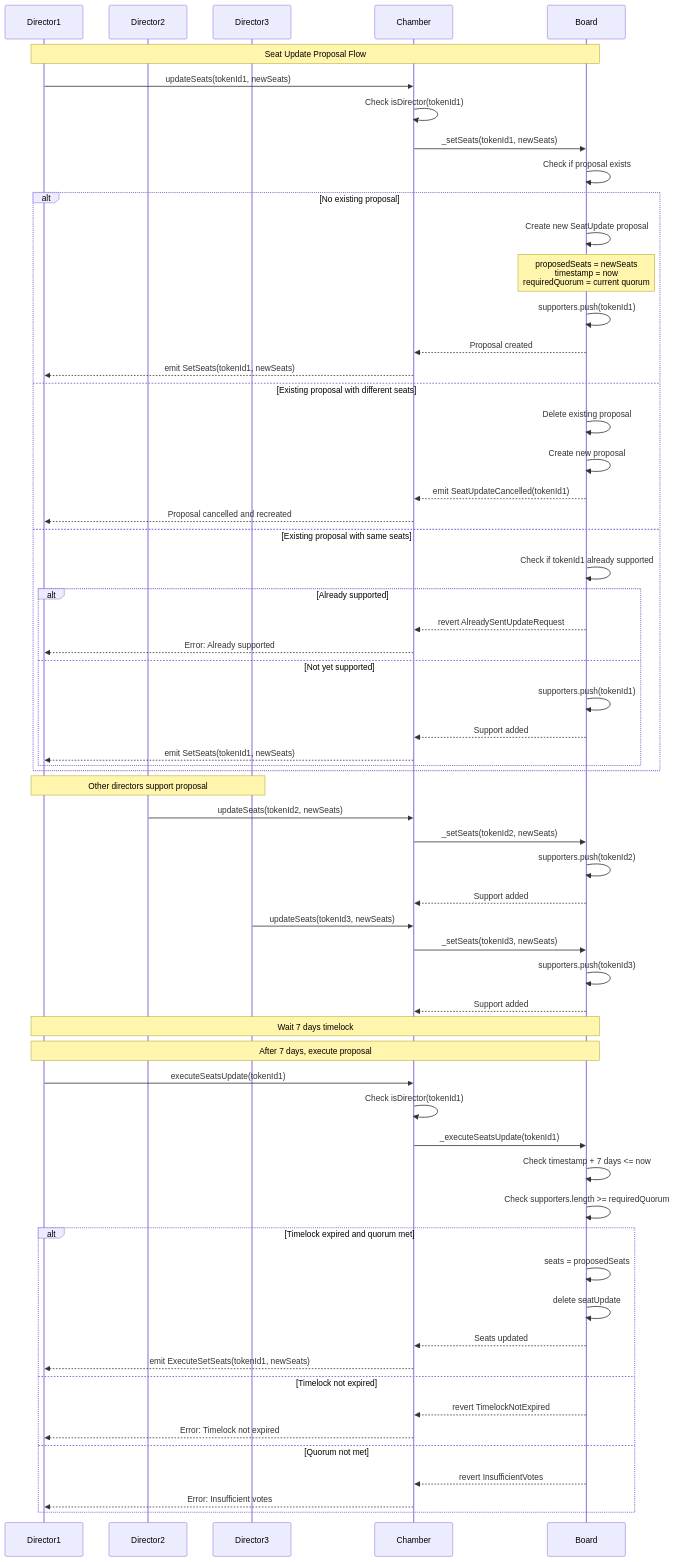
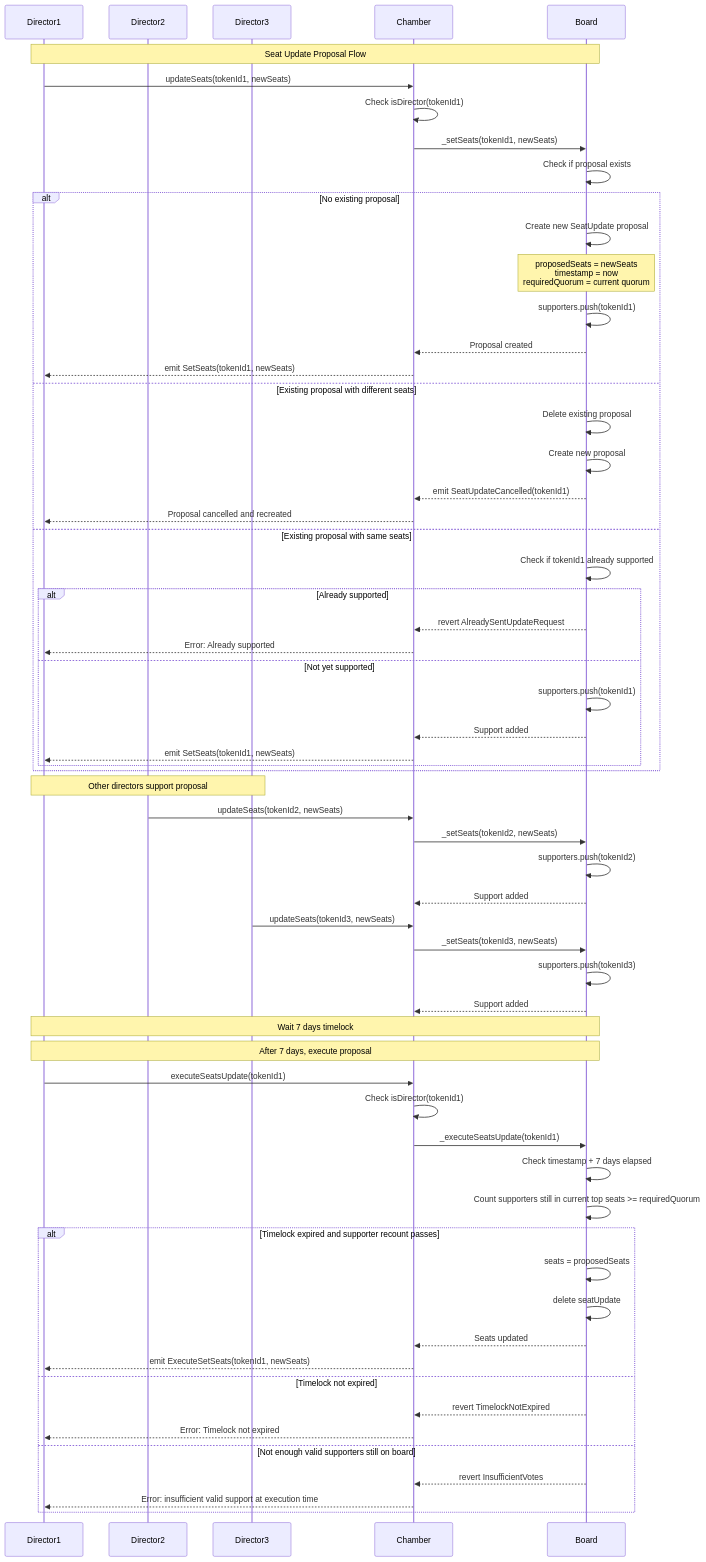
The seventh of 11 diagrams in app/src/docs/reference/sequence-diagrams.md (loreum-org/chamber), drawn with Mermaid before and after one commit. The commit also changed other lines of this file and 14 other files, not shown here.

````diff
--- a/app/src/docs/reference/sequence-diagrams.md
+++ b/app/src/docs/reference/sequence-diagrams.md
@@ -393,77 +387,77 @@
 ```mermaid
 sequenceDiagram
     participant Director1
     participant Director2
     participant Director3
     participant Chamber
     participant Board
 
     Note over Director1,Board: Seat Update Proposal Flow
 
     Director1->>Chamber: updateSeats(tokenId1, newSeats)
     
     Chamber->>Chamber: Check isDirector(tokenId1)
     Chamber->>Board: _setSeats(tokenId1, newSeats)
     
     Board->>Board: Check if proposal exists
     
     alt No existing proposal
         Board->>Board: Create new SeatUpdate proposal
         Note over Board: proposedSeats = newSeats<br/>timestamp = now<br/>requiredQuorum = current quorum
         Board->>Board: supporters.push(tokenId1)
         Board-->>Chamber: Proposal created
         Chamber-->>Director1: emit SetSeats(tokenId1, newSeats)
     else Existing proposal with different seats
         Board->>Board: Delete existing proposal
         Board->>Board: Create new proposal
         Board-->>Chamber: emit SeatUpdateCancelled(tokenId1)
         Chamber-->>Director1: Proposal cancelled and recreated
     else Existing proposal with same seats
         Board->>Board: Check if tokenId1 already supported
         alt Already supported
             Board-->>Chamber: revert AlreadySentUpdateRequest
             Chamber-->>Director1: Error: Already supported
         else Not yet supported
             Board->>Board: supporters.push(tokenId1)
             Board-->>Chamber: Support added
             Chamber-->>Director1: emit SetSeats(tokenId1, newSeats)
         end
     end
     
     Note over Director1,Director3: Other directors support proposal
     
     Director2->>Chamber: updateSeats(tokenId2, newSeats)
     Chamber->>Board: _setSeats(tokenId2, newSeats)
     Board->>Board: supporters.push(tokenId2)
     Board-->>Chamber: Support added
     
     Director3->>Chamber: updateSeats(tokenId3, newSeats)
     Chamber->>Board: _setSeats(tokenId3, newSeats)
     Board->>Board: supporters.push(tokenId3)
     Board-->>Chamber: Support added
     
     Note over Director1,Board: Wait 7 days timelock
     
     Note over Director1,Board: After 7 days, execute proposal
     
     Director1->>Chamber: executeSeatsUpdate(tokenId1)
     
     Chamber->>Chamber: Check isDirector(tokenId1)
     Chamber->>Board: _executeSeatsUpdate(tokenId1)
     
-    Board->>Board: Check timestamp + 7 days <= now
-    Board->>Board: Check supporters.length >= requiredQuorum
-    
-    alt Timelock expired and quorum met
+    Board->>Board: Check timestamp + 7 days elapsed
+    Board->>Board: Count supporters still in current top seats >= requiredQuorum
+
+    alt Timelock expired and supporter recount passes
         Board->>Board: seats = proposedSeats
         Board->>Board: delete seatUpdate
         Board-->>Chamber: Seats updated
         Chamber-->>Director1: emit ExecuteSetSeats(tokenId1, newSeats)
     else Timelock not expired
         Board-->>Chamber: revert TimelockNotExpired
         Chamber-->>Director1: Error: Timelock not expired
-    else Quorum not met
+    else Not enough valid supporters still on board
         Board-->>Chamber: revert InsufficientVotes
-        Chamber-->>Director1: Error: Insufficient votes
+        Chamber-->>Director1: Error: insufficient valid support at execution time
     end
 ```
````
